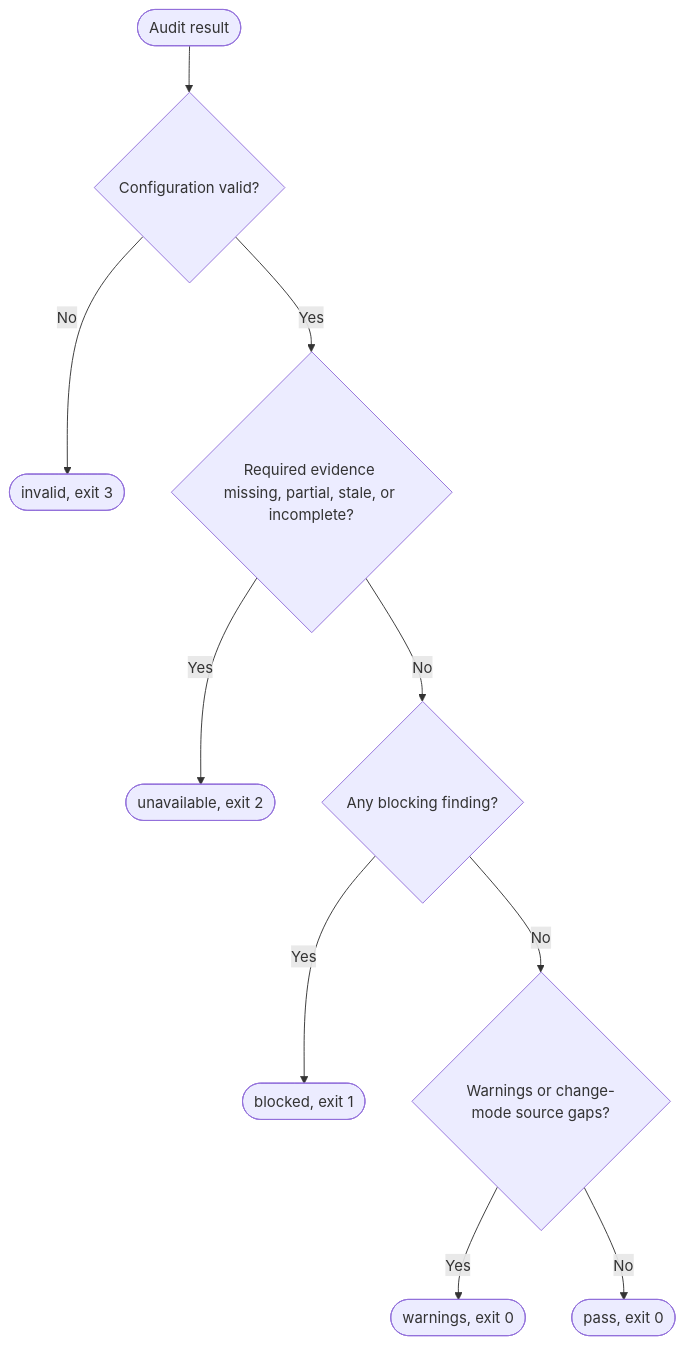
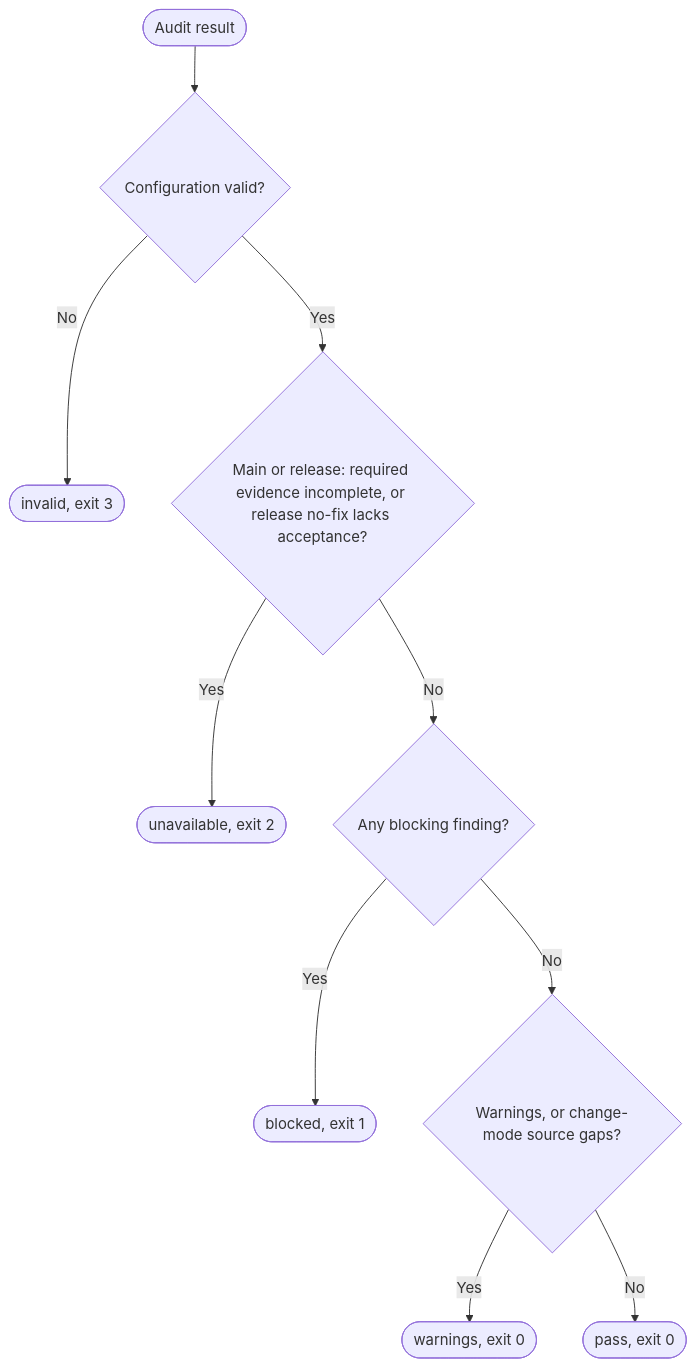
One commit to sohampatwardhan/security-audit-skill changed the diagram in README.md. Above: the diagram before and after it, drawn with Mermaid. The commit also changed 7 other files, not shown here.

````diff
--- a/README.md
+++ b/README.md
@@ -64,12 +64,12 @@
 ```mermaid
 flowchart TD
     A([Audit result]) --> B{Configuration valid?}
     B -->|No| X3([invalid, exit 3])
-    B -->|Yes| C{Required evidence missing, partial, stale, or incomplete?}
+    B -->|Yes| C{Main or release: required evidence incomplete, or release no-fix lacks acceptance?}
     C -->|Yes| X2([unavailable, exit 2])
     C -->|No| D{Any blocking finding?}
     D -->|Yes| X1([blocked, exit 1])
-    D -->|No| E{Warnings or change-mode source gaps?}
+    D -->|No| E{Warnings, or change-mode source gaps?}
     E -->|Yes| XW([warnings, exit 0])
     E -->|No| XP([pass, exit 0])
 ```
````
